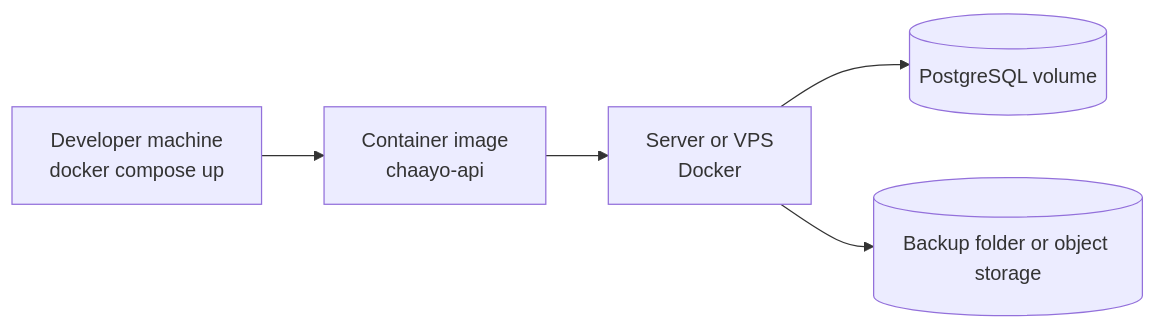
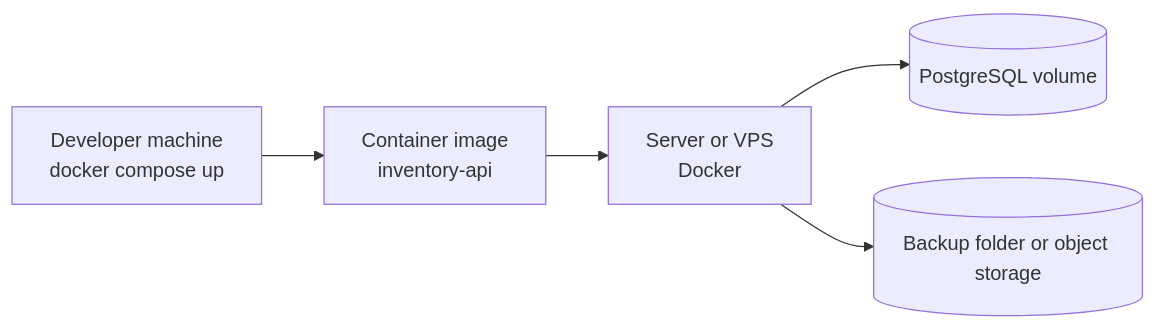
The sixth of 6 diagrams in docs/02-architecture.md (MahdiMoosavi-dev/Chaayo), drawn with Mermaid before and after one commit. The commit also changed other lines of this file and 12 other files, not shown here.

First line of the commit message:
chore: rename project from Chaayo to Inventory (اینونتوری) and add inventory-engineer agent

````diff
--- a/docs/02-architecture.md
+++ b/docs/02-architecture.md
@@ -162,7 +162,7 @@
 ```mermaid
 flowchart LR
-    dev["Developer machine<br/>docker compose up"] --> img["Container image<br/>chaayo-api"]
+    dev["Developer machine<br/>docker compose up"] --> img["Container image<br/>inventory-api"]
     img --> host["Server or VPS<br/>Docker"]
     host --> pg[("PostgreSQL volume")]
     host --> bk[("Backup folder or object storage")]
 ```
````
